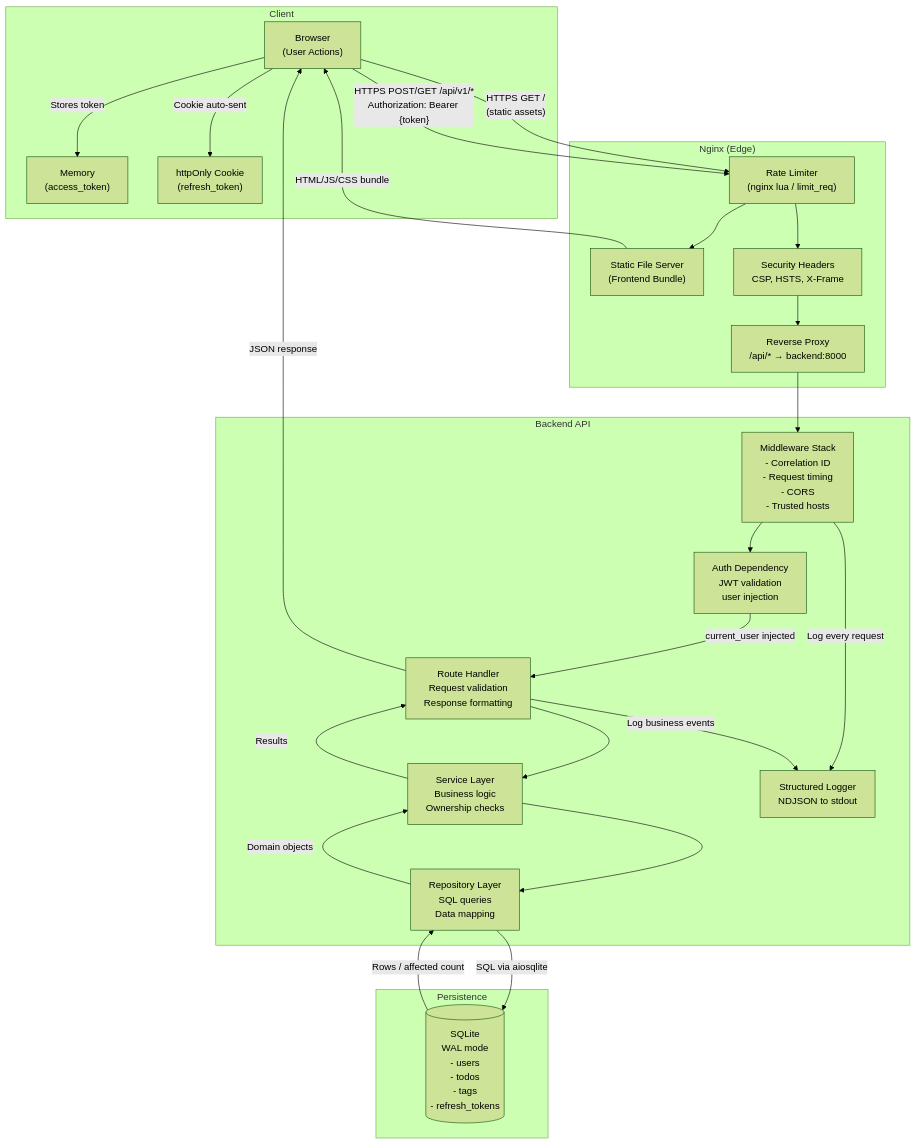
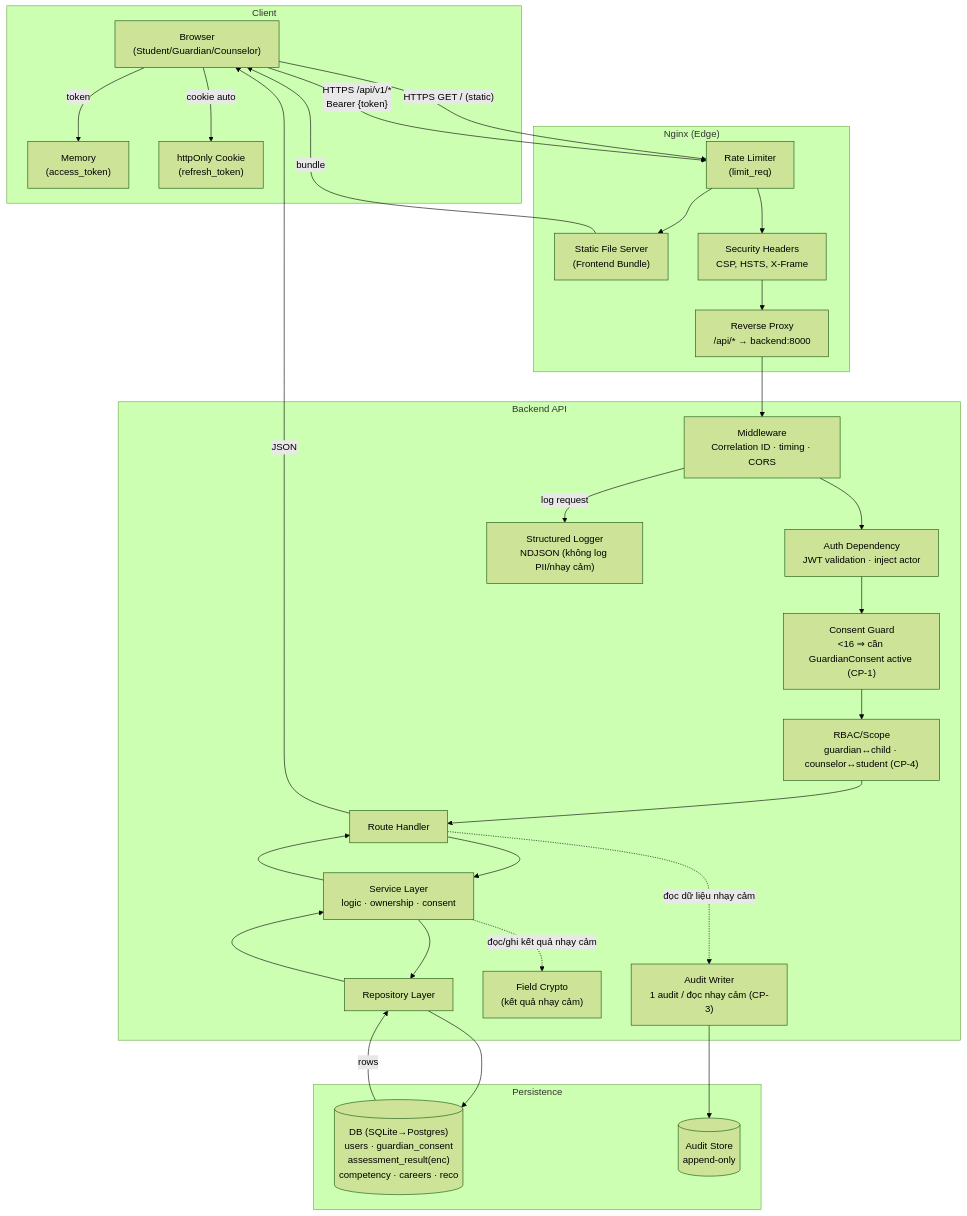
One commit to quangtanfet-commits/weup-career changed the first of 8 diagrams in docs/architecture/data-flow.md. Above: the diagram before and after it, drawn with Mermaid (forest theme). The commit also changed other lines of this file and 39 other files, not shown here.

````diff
--- a/docs/architecture/data-flow.md
+++ b/docs/architecture/data-flow.md
@@ -9,52 +11,40 @@
 ```mermaid
 flowchart TD
     subgraph "Client"
-        BROWSER["Browser\n(User Actions)"]
+        BROWSER["Browser\n(Student/Guardian/Counselor)"]
         LOCALMEM["Memory\n(access_token)"]
         COOKIE["httpOnly Cookie\n(refresh_token)"]
     end
-
     subgraph "Nginx (Edge)"
-        RATELIMIT["Rate Limiter\n(nginx lua / limit_req)"]
+        RATELIMIT["Rate Limiter\n(limit_req)"]
         STATICFILE["Static File Server\n(Frontend Bundle)"]
         PROXY["Reverse Proxy\n/api/* → backend:8000"]
         SECHEADERS["Security Headers\nCSP, HSTS, X-Frame"]
     end
-
     subgraph "Backend API"
-        MIDDLEWARE["Middleware Stack\n- Correlation ID\n- Request timing\n- CORS\n- Trusted hosts"]
-        AUTHDEP["Auth Dependency\nJWT validation\nuser injection"]
-        HANDLER["Route Handler\nRequest validation\nResponse formatting"]
-        SERVICE["Service Layer\nBusiness logic\nOwnership checks"]
-        REPO["Repository Layer\nSQL queries\nData mapping"]
-        LOGGER["Structured Logger\nNDJSON to stdout"]
+        MIDDLEWARE["Middleware\nCorrelation ID · timing · CORS"]
+        AUTHDEP["Auth Dependency\nJWT validation · inject actor"]
+        CONSENT["Consent Guard\n<16 ⇒ cần GuardianConsent active (CP-1)"]
+        RBAC["RBAC/Scope\nguardian↔child · counselor↔student (CP-4)"]
+        HANDLER["Route Handler"]
+        SERVICE["Service Layer\nlogic · ownership · consent"]
+        REPO["Repository Layer"]
+        CRYPTO["Field Crypto\n(kết quả nhạy cảm)"]
+        AUDIT["Audit Writer\n1 audit / đọc nhạy cảm (CP-3)"]
+        LOGGER["Structured Logger\nNDJSON (không log PII/nhạy cảm)"]
+    end
+    subgraph "Persistence"
+        DB[("DB (SQLite→Postgres)\nusers · guardian_consent\nassessment_result(enc)\ncompetency · careers · reco")]
+        AUDITDB[("Audit Store\nappend-only")]
     end
 
-    subgraph "Persistence"
-        SQLITE[("SQLite\nWAL mode\n- users\n- todos\n- tags\n- refresh_tokens")]
-    end
-
-    BROWSER -->|"HTTPS GET /\n(static assets)"| RATELIMIT
-    RATELIMIT --> STATICFILE
-    STATICFILE -->|"HTML/JS/CSS bundle"| BROWSER
-
-    BROWSER -->|"HTTPS POST/GET /api/v1/*\nAuthorization: Bearer {token}"| RATELIMIT
-    RATELIMIT --> SECHEADERS
-    SECHEADERS --> PROXY
-    PROXY --> MIDDLEWARE
-    MIDDLEWARE --> AUTHDEP
-    AUTHDEP -->|"current_user injected"| HANDLER
-    HANDLER --> SERVICE
-    SERVICE --> REPO
-    REPO -->|"SQL via aiosqlite"| SQLITE
-    SQLITE -->|"Rows / affected count"| REPO
-    REPO -->|"Domain objects"| SERVICE
-    SERVICE -->|"Results"| HANDLER
-    HANDLER -->|"JSON response"| BROWSER
-
-    MIDDLEWARE -->|"Log every request"| LOGGER
-    HANDLER -->|"Log business events"| LOGGER
-
-    BROWSER -->|"Stores token"| LOCALMEM
-    BROWSER -->|"Cookie auto-sent"| COOKIE
+    BROWSER -->|"HTTPS GET / (static)"| RATELIMIT --> STATICFILE -->|"bundle"| BROWSER
+    BROWSER -->|"HTTPS /api/v1/*\nBearer {token}"| RATELIMIT --> SECHEADERS --> PROXY --> MIDDLEWARE --> AUTHDEP
+    AUTHDEP --> CONSENT --> RBAC --> HANDLER --> SERVICE --> REPO --> DB
+    SERVICE -. "đọc/ghi kết quả nhạy cảm" .-> CRYPTO
+    HANDLER -. "đọc dữ liệu nhạy cảm" .-> AUDIT --> AUDITDB
+    DB -->|"rows"| REPO --> SERVICE --> HANDLER -->|"JSON"| BROWSER
+    MIDDLEWARE -->|"log request"| LOGGER
+    BROWSER -->|"token"| LOCALMEM
+    BROWSER -->|"cookie auto"| COOKIE
 ```
````
